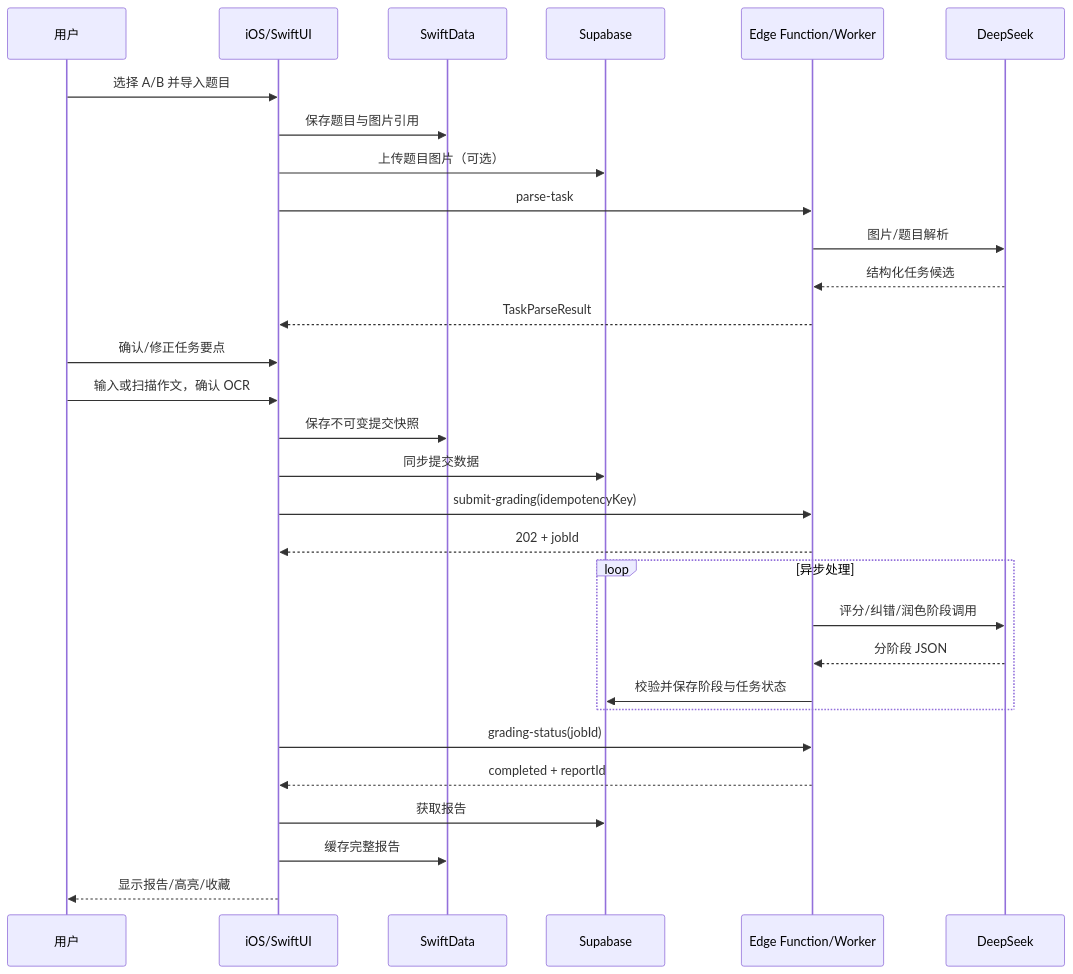
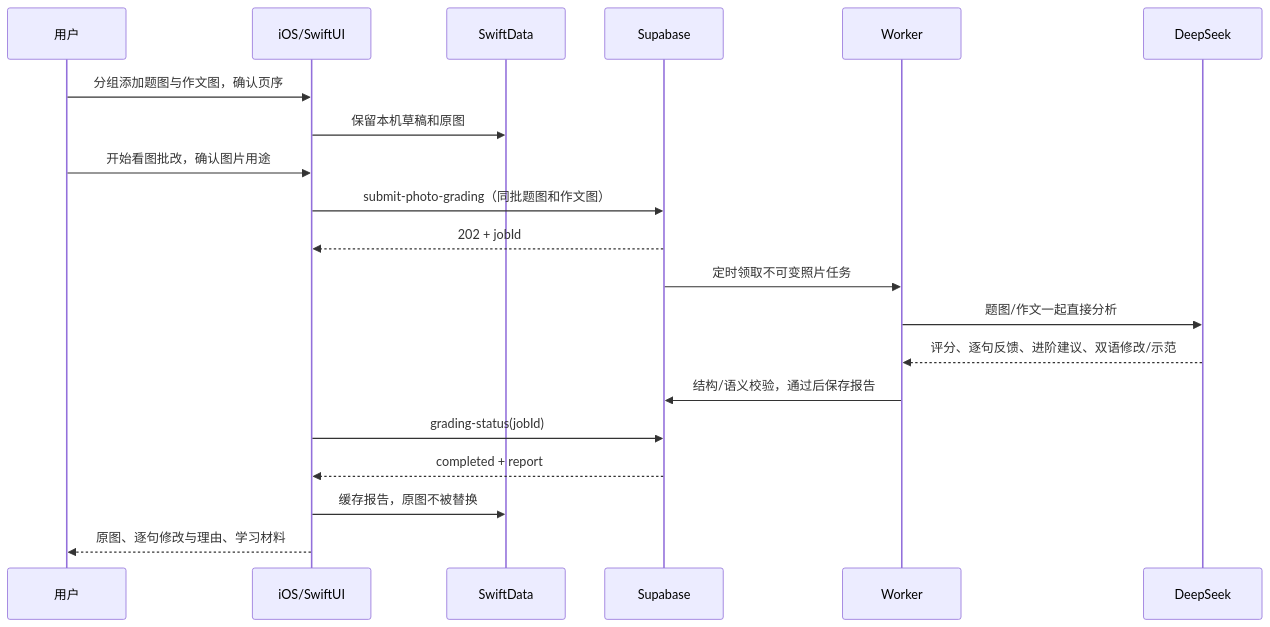
The first of 5 diagrams in EssayPilot_V1_需求分析与系统设计.md (YiYun-ll/WriteRight), drawn with Mermaid before and after one commit. The commit also changed other lines of this file and 247 other files, not shown here.

````diff
--- a/EssayPilot_V1_需求分析与系统设计.md
+++ b/EssayPilot_V1_需求分析与系统设计.md
@@ -279,32 +279,22 @@
 ```mermaid
 sequenceDiagram
     participant U as 用户
     participant I as iOS/SwiftUI
     participant L as SwiftData
     participant S as Supabase
-    participant W as Edge Function/Worker
+    participant W as Worker
     participant D as DeepSeek
-    U->>I: 选择 A/B 并导入题目
-    I->>L: 保存题目与图片引用
-    I->>S: 上传题目图片（可选）
-    I->>W: parse-task
-    W->>D: 图片/题目解析
-    D-->>W: 结构化任务候选
-    W-->>I: TaskParseResult
-    U->>I: 确认/修正任务要点
-    U->>I: 输入或扫描作文，确认 OCR
-    I->>L: 保存不可变提交快照
-    I->>S: 同步提交数据
-    I->>W: submit-grading(idempotencyKey)
-    W-->>I: 202 + jobId
-    loop 异步处理
-        W->>D: 评分/纠错/润色阶段调用
-        D-->>W: 分阶段 JSON
-        W->>S: 校验并保存阶段与任务状态
-    end
-    I->>W: grading-status(jobId)
-    W-->>I: completed + reportId
-    I->>S: 获取报告
-    I->>L: 缓存完整报告
-    I-->>U: 显示报告/高亮/收藏
+    U->>I: 分组添加题图与作文图，确认页序
+    I->>L: 保留本机草稿和原图
+    U->>I: 开始看图批改，确认图片用途
+    I->>S: submit-photo-grading（同批题图和作文图）
+    S-->>I: 202 + jobId
+    S->>W: 定时领取不可变照片任务
+    W->>D: 题图/作文一起直接分析
+    D-->>W: 评分、逐句反馈、进阶建议、双语修改/示范
+    W->>S: 结构/语义校验，通过后保存报告
+    I->>S: grading-status(jobId)
+    S-->>I: completed + report
+    I->>L: 缓存报告，原图不被替换
+    I-->>U: 原图、逐句修改与理由、学习材料
 ```
````
